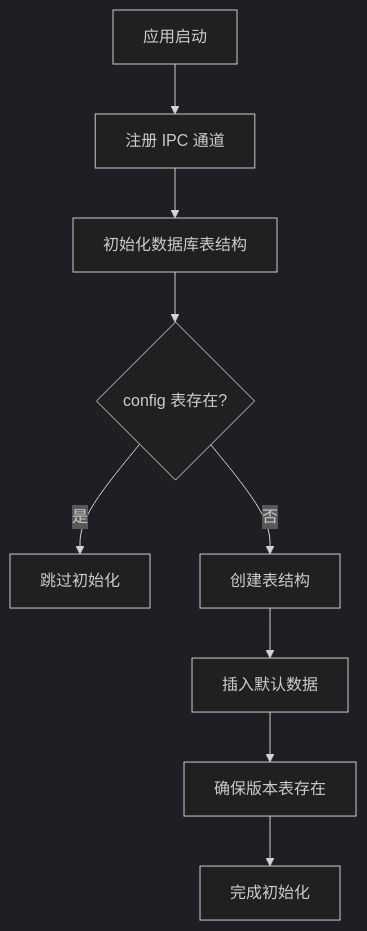
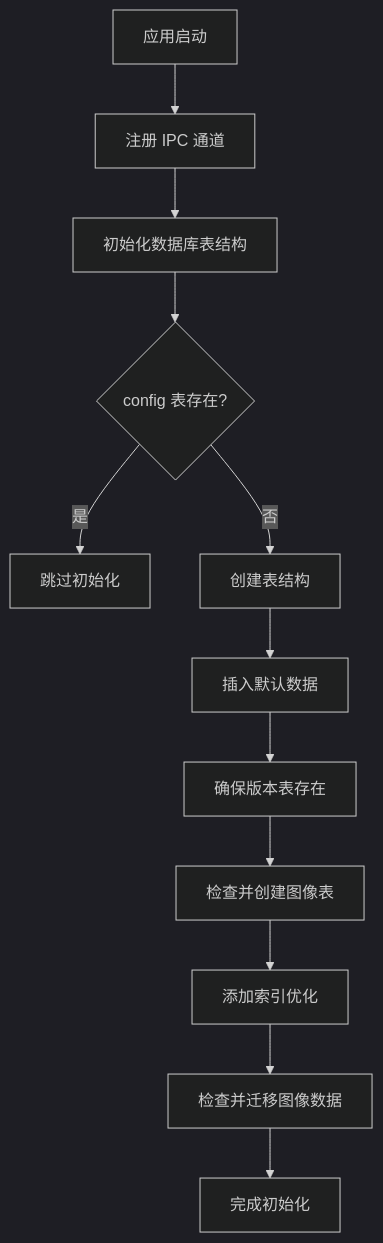
One commit to scgithub3220216/password-manager changed the ninth of 9 diagrams in .qoder/repowiki/zh/content/数据库系统/数据库架构设计.md. Above: the diagram before and after it, drawn with Mermaid (dark theme). The commit also changed other lines of this file and 23 other files, not shown here.

First line of the commit message:
feat(sync): 完善图像数据同步架构与处理逻辑

````diff
--- a/.qoder/repowiki/zh/content/数据库系统/数据库架构设计.md
+++ b/.qoder/repowiki/zh/content/数据库系统/数据库架构设计.md
@@ -392,11 +518,14 @@
 ```mermaid
 flowchart TD
 A["应用启动"] --> B["注册 IPC 通道"]
 B --> C["初始化数据库表结构"]
 C --> D{"config 表存在?"}
 D --> |是| E["跳过初始化"]
 D --> |否| F["创建表结构"]
 F --> G["插入默认数据"]
 G --> H["确保版本表存在"]
-H --> I["完成初始化"]
+H --> I["检查并创建图像表"]
+I --> J["添加索引优化"]
+J --> K["检查并迁移图像数据"]
+K --> L["完成初始化"]
 ```
````
